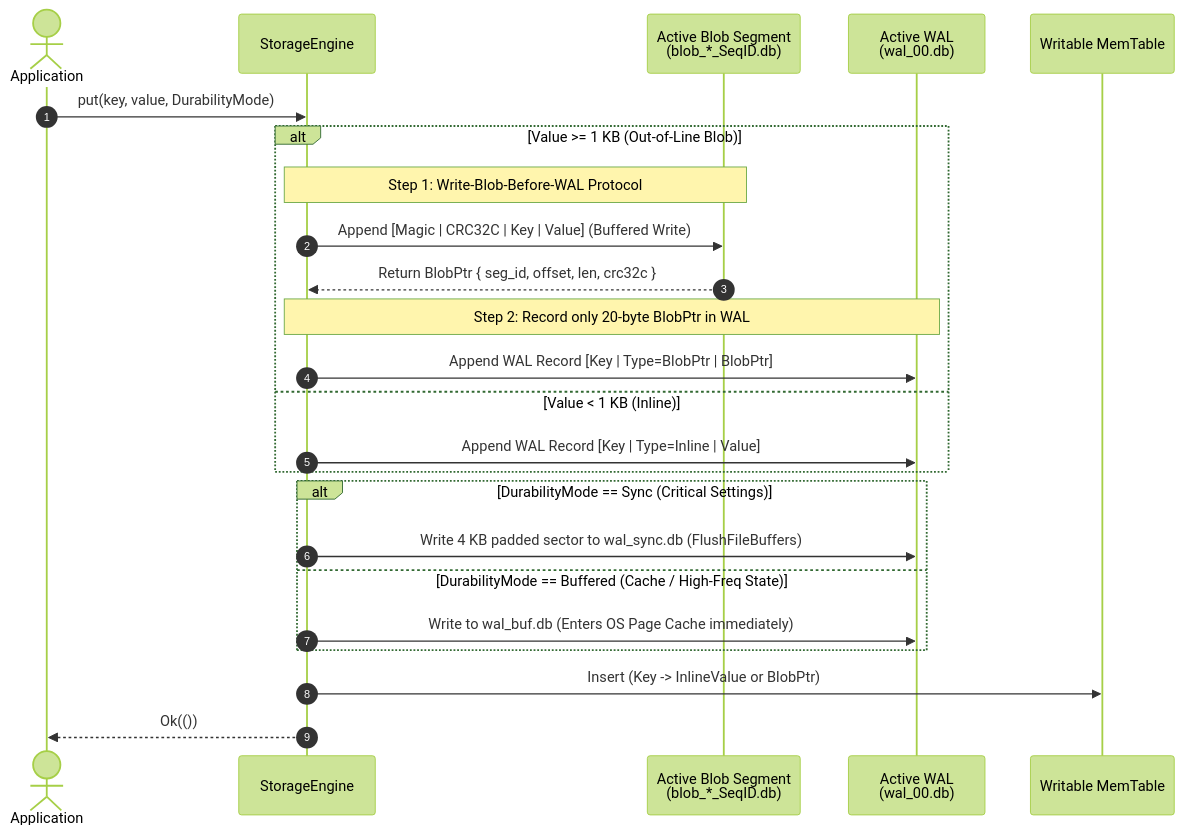
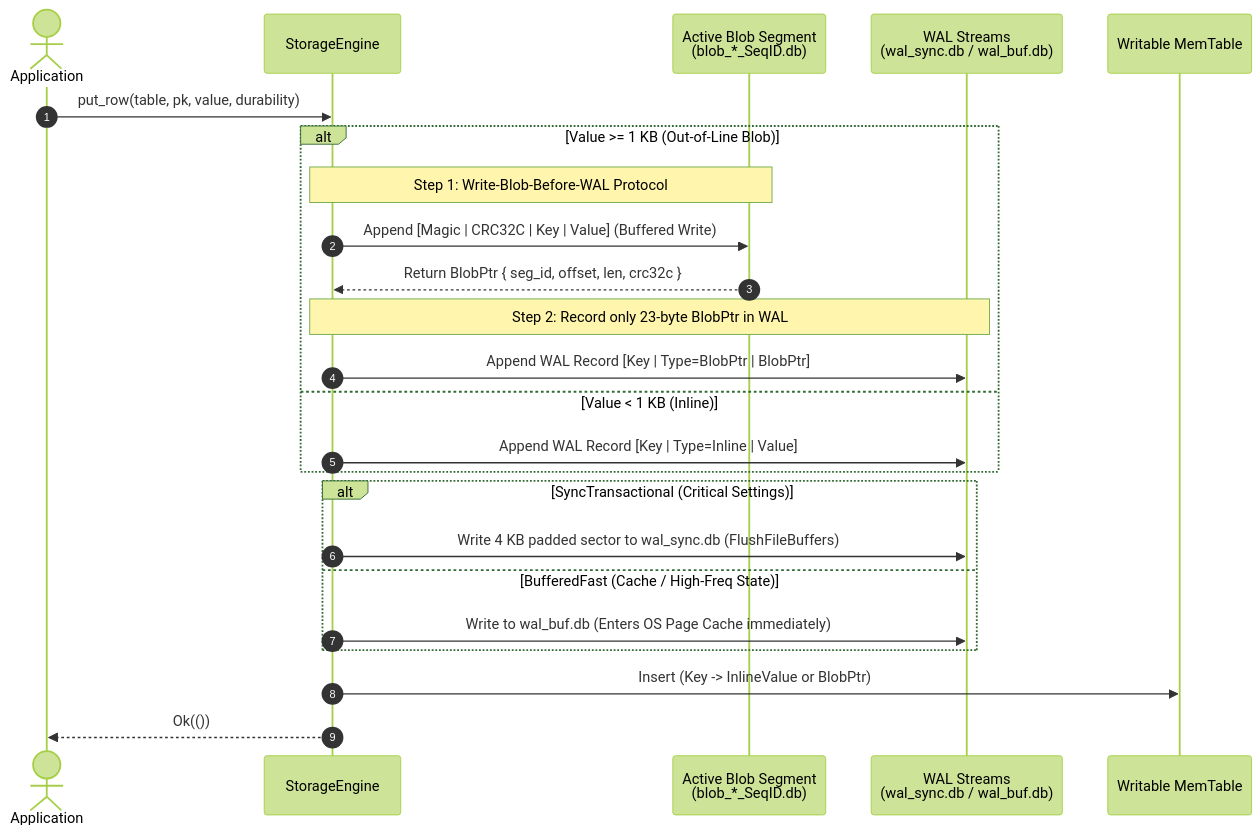
Before and after one commit to toyoshim-i/aydb: the third of 5 diagrams in docs/phase1/00_OVERVIEW.md, drawn with Mermaid (forest theme). The commit also changed other lines of this file and 10 other files, not shown here.

````diff
--- a/docs/phase1/00_OVERVIEW.md
+++ b/docs/phase1/00_OVERVIEW.md
@@ -117,29 +116,29 @@
 ```mermaid
 sequenceDiagram
     autonumber
     actor App as Application
     participant Eng as StorageEngine
     participant Blob as Active Blob Segment<br/>(blob_*_SeqID.db)
-    participant WAL as Active WAL<br/>(wal_00.db)
+    participant WAL as WAL Streams<br/>(wal_sync.db / wal_buf.db)
     participant MT as Writable MemTable
 
-    App->>Eng: put(key, value, DurabilityMode)
+    App->>Eng: put_row(table, pk, value, durability)
     alt Value >= 1 KB (Out-of-Line Blob)
         Note over Eng,Blob: Step 1: Write-Blob-Before-WAL Protocol
         Eng->>Blob: Append [Magic | CRC32C | Key | Value] (Buffered Write)
         Blob-->>Eng: Return BlobPtr { seg_id, offset, len, crc32c }
-        Note over Eng,WAL: Step 2: Record only 20-byte BlobPtr in WAL
+        Note over Eng,WAL: Step 2: Record only 23-byte BlobPtr in WAL
         Eng->>WAL: Append WAL Record [Key | Type=BlobPtr | BlobPtr]
     else Value < 1 KB (Inline)
         Eng->>WAL: Append WAL Record [Key | Type=Inline | Value]
     end
 
-    alt DurabilityMode == Sync (Critical Settings)
+    alt SyncTransactional (Critical Settings)
         Eng->>WAL: Write 4 KB padded sector to wal_sync.db (FlushFileBuffers)
-    else DurabilityMode == Buffered (Cache / High-Freq State)
+    else BufferedFast (Cache / High-Freq State)
         Eng->>WAL: Write to wal_buf.db (Enters OS Page Cache immediately)
     end
 
     Eng->>MT: Insert (Key -> InlineValue or BlobPtr)
     Eng-->>App: Ok(())
 ```
````
